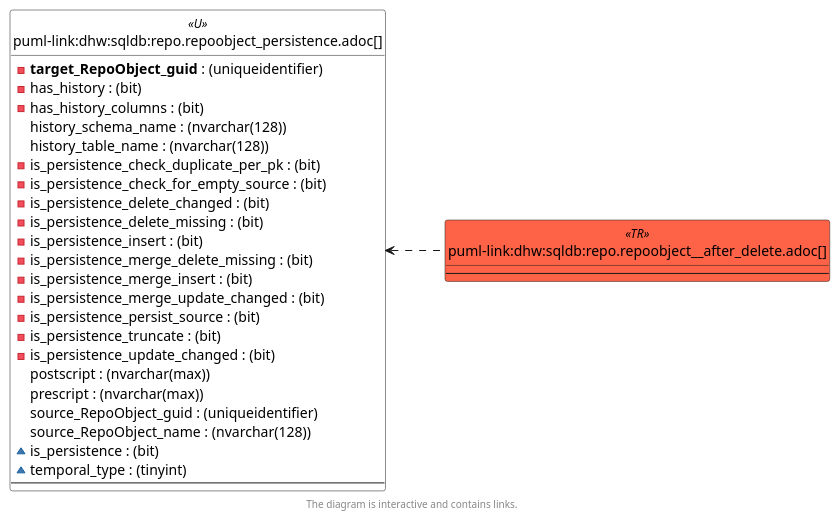
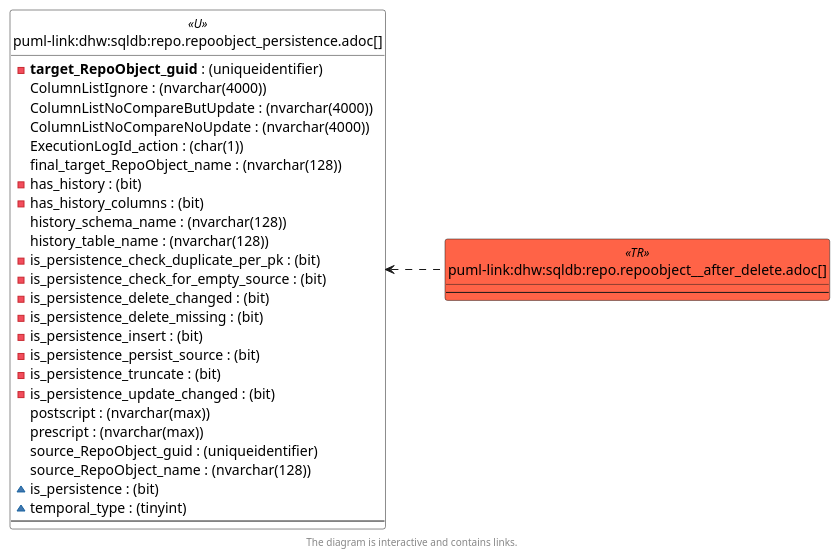
One commit to DataHandwerk/dhw-antora-sqldb changed the sixth of 6 diagrams in docs/modules/sqldb/partials/content/repo.repoobject__after_delete.adoc. Above: the diagram before and after it, drawn with PlantUML. The commit also changed 751 other files, not shown here.

```diff
--- a/docs/modules/sqldb/partials/content/repo.repoobject__after_delete.adoc
+++ b/docs/modules/sqldb/partials/content/repo.repoobject__after_delete.adoc
@@ -639,67 +639,69 @@
 [plantuml, entity_1_1_colref-{docname}, svg, subs=macros]
 ....
 @startuml
 left to right direction
 'top to bottom direction
 hide circle
 'avoide "." issues:
 set namespaceSeparator none
 
 
 skinparam class {
   BackgroundColor White
   BackgroundColor<<FN>> Yellow
   BackgroundColor<<FS>> Yellow
   BackgroundColor<<FT>> LightGray
   BackgroundColor<<IF>> Yellow
   BackgroundColor<<IS>> Yellow
   BackgroundColor<<P>>  Aqua
   BackgroundColor<<PC>> Aqua
   BackgroundColor<<SN>> Yellow
   BackgroundColor<<SO>> SlateBlue
   BackgroundColor<<TF>> LightGray
   BackgroundColor<<TR>> Tomato
   BackgroundColor<<U>>  White
   BackgroundColor<<V>>  WhiteSmoke
   BackgroundColor<<X>>  Aqua
   BackgroundColor<<external>> AliceBlue
 }
 
 
 entity "puml-link:dhw:sqldb:repo.repoobject__after_delete.adoc[]" as repo.RepoObject__after_delete << TR >> {
   --
 }
 
 entity "puml-link:dhw:sqldb:repo.repoobject_persistence.adoc[]" as repo.RepoObject_persistence << U >> {
   - **target_RepoObject_guid** : (uniqueidentifier)
+  ColumnListIgnore : (nvarchar(4000))
+  ColumnListNoCompareButUpdate : (nvarchar(4000))
+  ColumnListNoCompareNoUpdate : (nvarchar(4000))
+  ExecutionLogId_action : (char(1))
+  final_target_RepoObject_name : (nvarchar(128))
   - has_history : (bit)
   - has_history_columns : (bit)
   history_schema_name : (nvarchar(128))
   history_table_name : (nvarchar(128))
   - is_persistence_check_duplicate_per_pk : (bit)
   - is_persistence_check_for_empty_source : (bit)
   - is_persistence_delete_changed : (bit)
   - is_persistence_delete_missing : (bit)
   - is_persistence_insert : (bit)
-  - is_persistence_merge_delete_missing : (bit)
-  - is_persistence_merge_insert : (bit)
-  - is_persistence_merge_update_changed : (bit)
   - is_persistence_persist_source : (bit)
   - is_persistence_truncate : (bit)
   - is_persistence_update_changed : (bit)
   postscript : (nvarchar(max))
   prescript : (nvarchar(max))
   source_RepoObject_guid : (uniqueidentifier)
   source_RepoObject_name : (nvarchar(128))
   ~ is_persistence : (bit)
   ~ temporal_type : (tinyint)
   --
 }
 
 repo.RepoObject_persistence <.. repo.RepoObject__after_delete
 
 
 footer The diagram is interactive and contains links.
 
 @enduml
 ....
```
